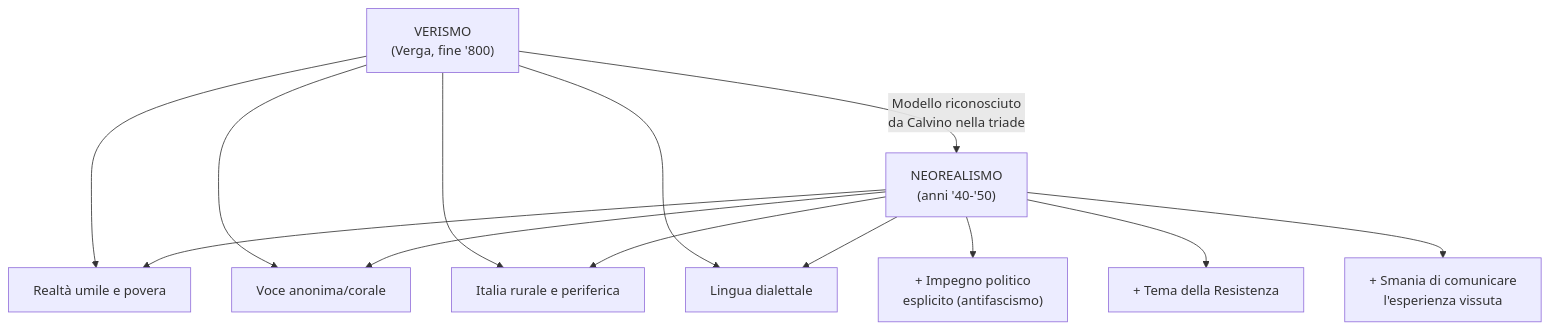
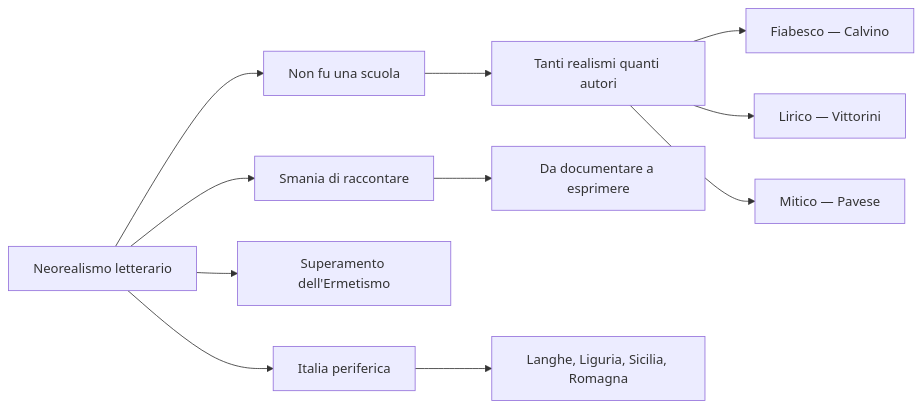
Before and after one commit to riccardo-algorime/appunti-5Bsa: the fifth of 5 diagrams in italiano/neorealismo-letterario/mega-schema.md, drawn with Mermaid. The commit also changed other lines of this file and 23 other files, not shown here.

````diff
--- a/italiano/neorealismo-letterario/mega-schema.md
+++ b/italiano/neorealismo-letterario/mega-schema.md
@@ -724,18 +459,13 @@
 ```mermaid
-graph TD
-    A["VERISMO<br/>(Verga, fine '800)"] -->|"Modello riconosciuto<br/>da Calvino nella triade"| B["NEOREALISMO<br/>(anni '40-'50)"]
-    
-    A --> C["Realtà umile e povera"]
-    A --> D["Voce anonima/corale"]
-    A --> E["Italia rurale e periferica"]
-    A --> F["Lingua dialettale"]
-    
-    B --> C
-    B --> D
-    B --> E
-    B --> F
-    
-    B --> G["+ Impegno politico<br/>esplicito (antifascismo)"]
-    B --> H["+ Tema della Resistenza"]
-    B --> I["+ Smania di comunicare<br/>l'esperienza vissuta"]
+flowchart LR
+    A[Neorealismo letterario] --> B[Non fu una scuola]
+    A --> C[Smania di raccontare]
+    A --> D[Superamento dell'Ermetismo]
+    A --> E[Italia periferica]
+    B --> F[Tanti realismi quanti autori]
+    F --> G[Fiabesco — Calvino]
+    F --> H[Lirico — Vittorini]
+    F --> I[Mitico — Pavese]
+    C --> J[Da documentare a esprimere]
+    E --> K[Langhe, Liguria, Sicilia, Romagna]
 ```
````
